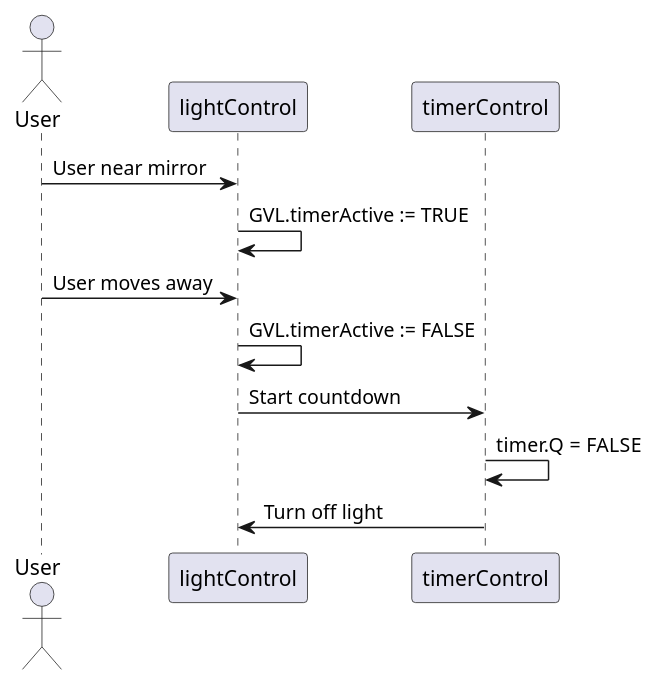
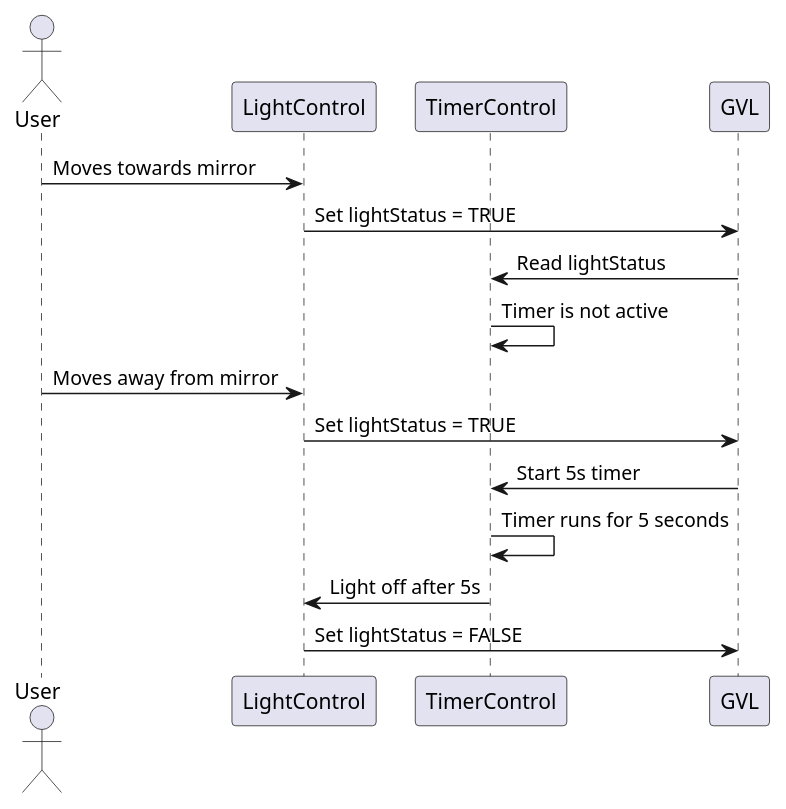
Before and after one commit to xinhailing/Individual_Sequence_Diagram_Yaya: the diagram in src/chapter_3.md, drawn with PlantUML. The commit also changed 7 other files, not shown here.

Commit message:
Adding the sequence of events for lightControl Task. To explain

````diff
--- a/src/chapter_3.md
+++ b/src/chapter_3.md
@@ -2,18 +2,24 @@
 ```plantuml
 @startuml
 actor User
-participant lightControl
-participant timerControl
+participant LightControl
+participant TimerControl
+participant GVL
 
-User -> lightControl : User near mirror
-lightControl -> lightControl : GVL.timerActive := TRUE
-User -> lightControl : User moves away
-lightControl -> lightControl : GVL.timerActive := FALSE
-lightControl -> timerControl : Start countdown
-timerControl -> timerControl : timer.Q = FALSE
-timerControl -> lightControl : Turn off light
+User -> LightControl: Moves towards mirror
+LightControl -> GVL: Set lightStatus = TRUE
+GVL -> TimerControl: Read lightStatus
+TimerControl -> TimerControl: Timer is not active
 
+User -> LightControl: Moves away from mirror
+LightControl -> GVL: Set lightStatus = TRUE
+GVL -> TimerControl: Start 5s timer
+TimerControl -> TimerControl: Timer runs for 5 seconds
+
+TimerControl -> LightControl: Light off after 5s
+LightControl -> GVL: Set lightStatus = FALSE
 @enduml
 
 
+
 ```
````
